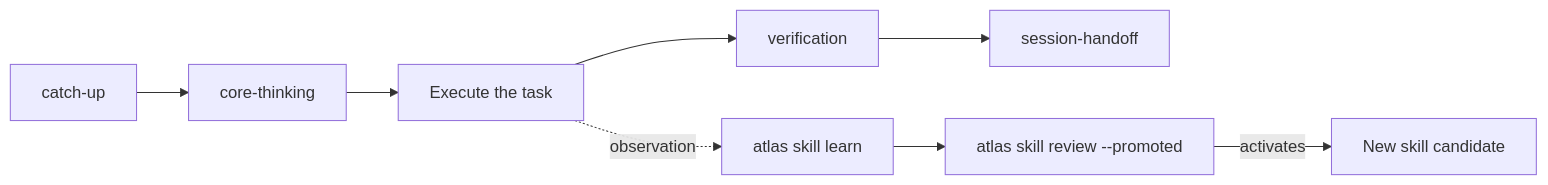
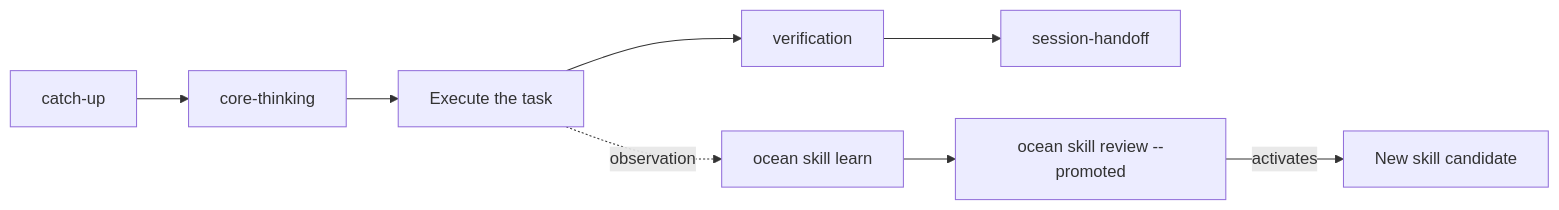
One commit to amoree-code/atlas changed the diagram in README.md. Above: the diagram before and after it, drawn with Mermaid. The commit also changed other lines of this file and 16 other files, not shown here.

First line of the commit message:
feat(T-221): public docs — atlas to ocean

````diff
--- a/README.md
+++ b/README.md
@@ -195,10 +195,10 @@
 ```mermaid
 flowchart LR
     A[catch-up] --> B[core-thinking]
     B --> C[Execute the task]
     C --> D[verification]
     D --> E[session-handoff]
-    C -.observation.-> F["atlas skill learn"]
-    F --> G["atlas skill review --promoted"]
+    C -.observation.-> F["ocean skill learn"]
+    F --> G["ocean skill review --promoted"]
     G -->|activates| H[New skill candidate]
 ```
````
